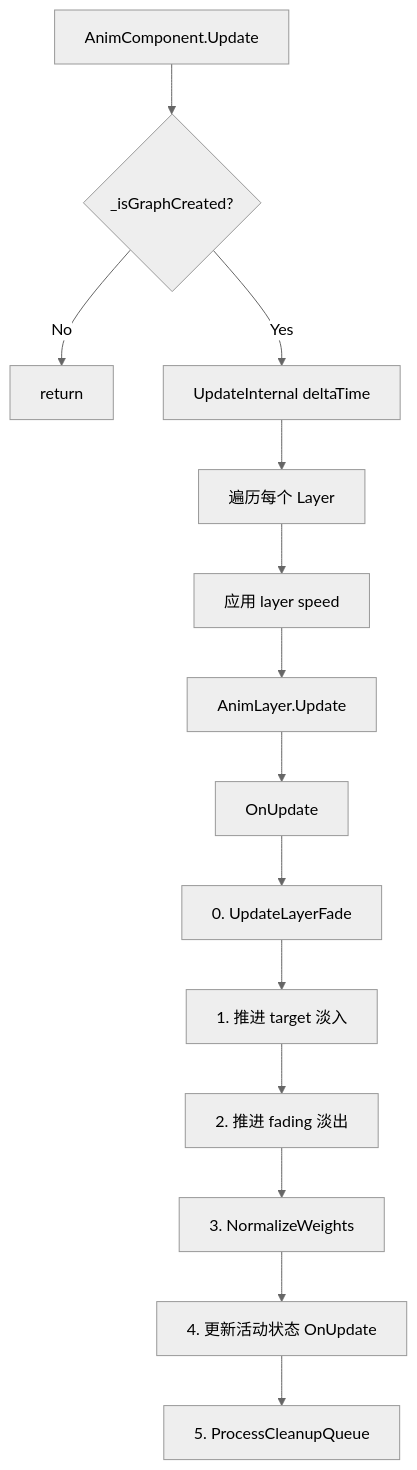
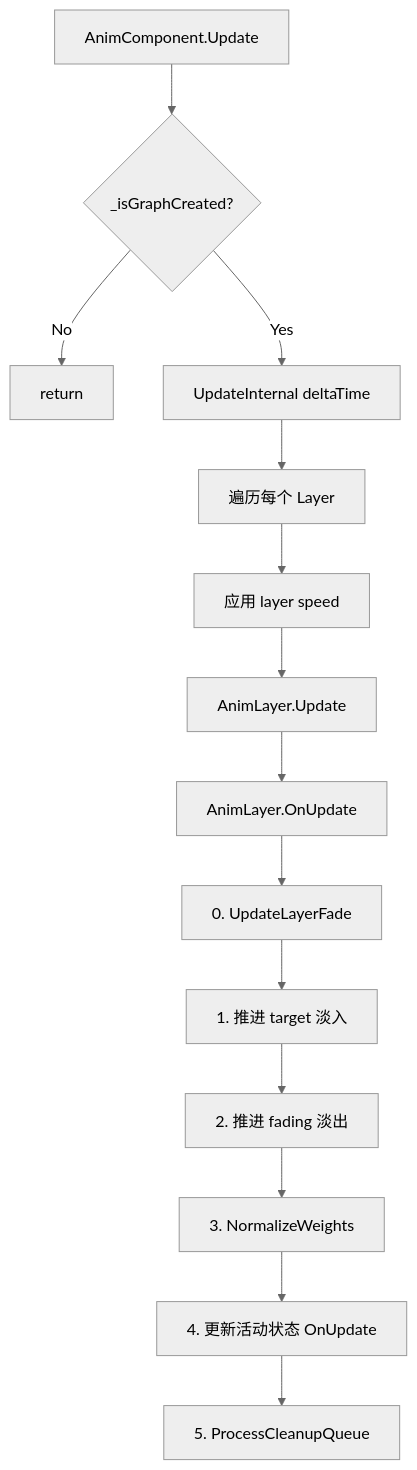
One commit to JnkJoe-D/MMO changed the third of 5 diagrams in Assets/GameClient/MAnimSystem/docs/MAnimSystem_设计架构与流程说明.md. Above: the diagram before and after it, drawn with Mermaid (neutral theme). The commit also changed other lines of this file and 183 other files, not shown here.

````diff
--- a/Assets/GameClient/MAnimSystem/docs/MAnimSystem_设计架构与流程说明.md
+++ b/Assets/GameClient/MAnimSystem/docs/MAnimSystem_设计架构与流程说明.md
@@ -135,16 +136,16 @@
 ```mermaid
 flowchart TD
     A[AnimComponent.Update] --> B{_isGraphCreated?}
     B -->|No| Z[return]
     B -->|Yes| C[UpdateInternal deltaTime]
     C --> D[遍历每个 Layer]
     D --> E[应用 layer speed]
     E --> F[AnimLayer.Update]
-    F --> G[OnUpdate]
+    F --> G[AnimLayer.OnUpdate]
     G --> G0[0. UpdateLayerFade]
     G0 --> G1[1. 推进 target 淡入]
     G1 --> G2[2. 推进 fading 淡出]
     G2 --> G3[3. NormalizeWeights]
     G3 --> G4[4. 更新活动状态 OnUpdate]
     G4 --> G5[5. ProcessCleanupQueue]
 ```
````
